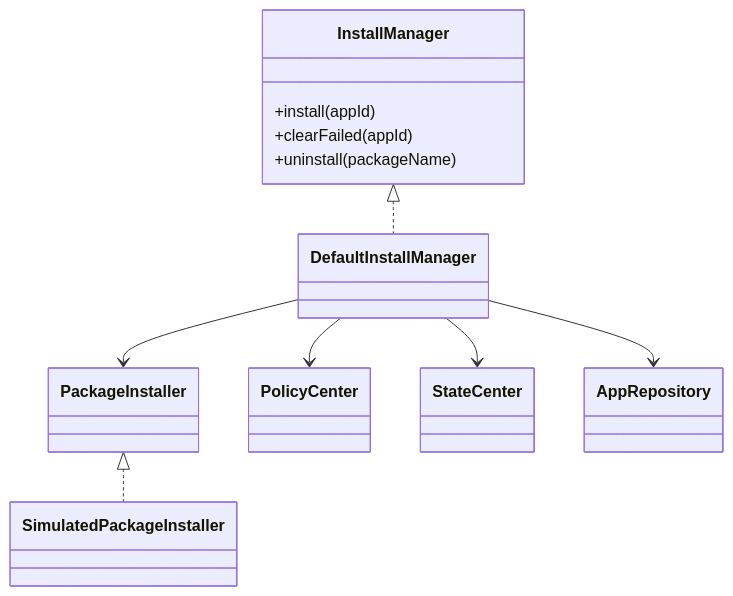
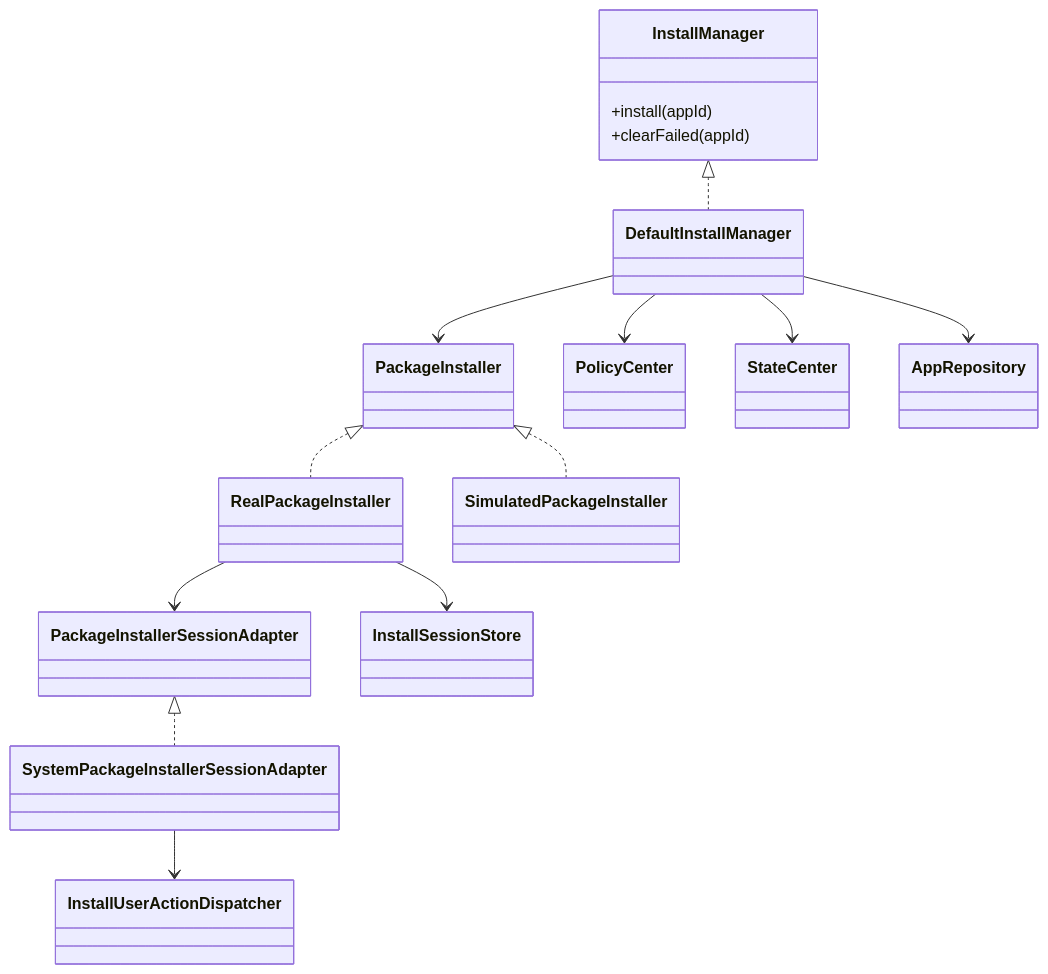
Before and after one commit to XZQ/CarAppStore: the second of 5 diagrams in docs/10-安装模块架构与流程.md, drawn with Mermaid. The commit also changed other lines of this file and 35 other files, not shown here.

Commit message:
Docs: reorganize architecture docs and handoff guide

````diff
--- a/docs/10-安装模块架构与流程.md
+++ b/docs/10-安装模块架构与流程.md
@@ -60,23 +70,34 @@
 ```mermaid
 classDiagram
 
 class InstallManager {
   +install(appId)
   +clearFailed(appId)
-  +uninstall(packageName)
 }
 
 class DefaultInstallManager
 class PackageInstaller
+class RealPackageInstaller
 class SimulatedPackageInstaller
+class PackageInstallerSessionAdapter
+class SystemPackageInstallerSessionAdapter
+class InstallSessionStore
+class InstallUserActionDispatcher
 class PolicyCenter
 class StateCenter
 class AppRepository
 
 InstallManager <|.. DefaultInstallManager
+PackageInstaller <|.. RealPackageInstaller
 PackageInstaller <|.. SimulatedPackageInstaller
-DefaultInstallManager --> PackageInstaller
+PackageInstallerSessionAdapter <|.. SystemPackageInstallerSessionAdapter
+
 DefaultInstallManager --> PolicyCenter
 DefaultInstallManager --> StateCenter
 DefaultInstallManager --> AppRepository
+DefaultInstallManager --> PackageInstaller
+
+RealPackageInstaller --> PackageInstallerSessionAdapter
+RealPackageInstaller --> InstallSessionStore
+SystemPackageInstallerSessionAdapter --> InstallUserActionDispatcher
 ```
````
